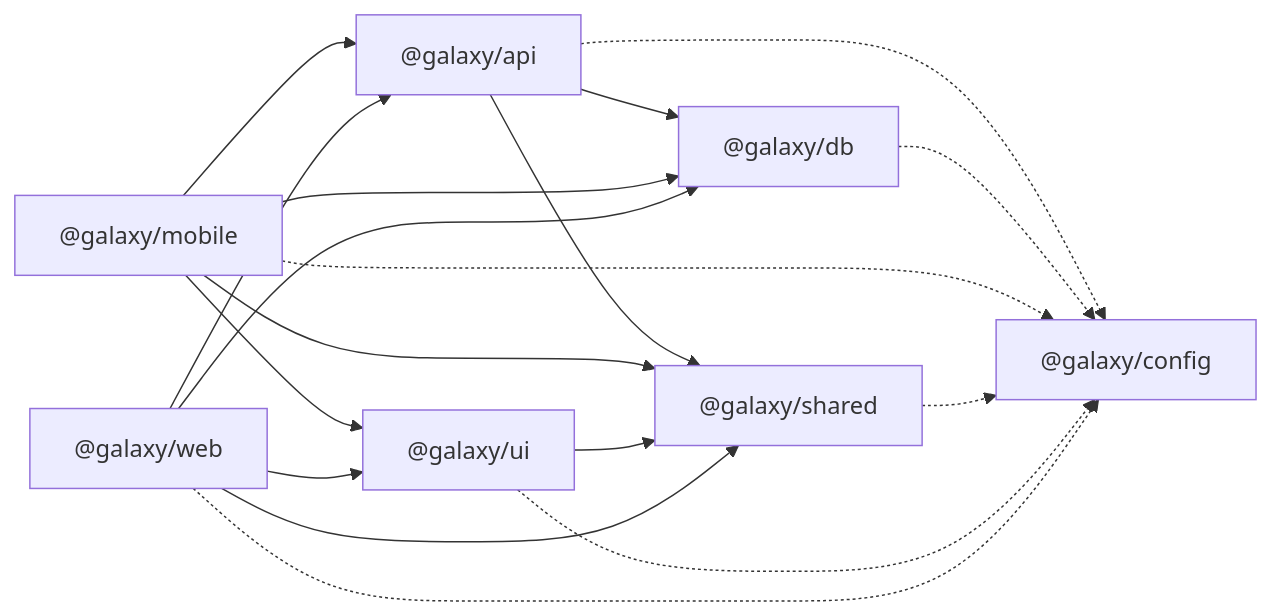
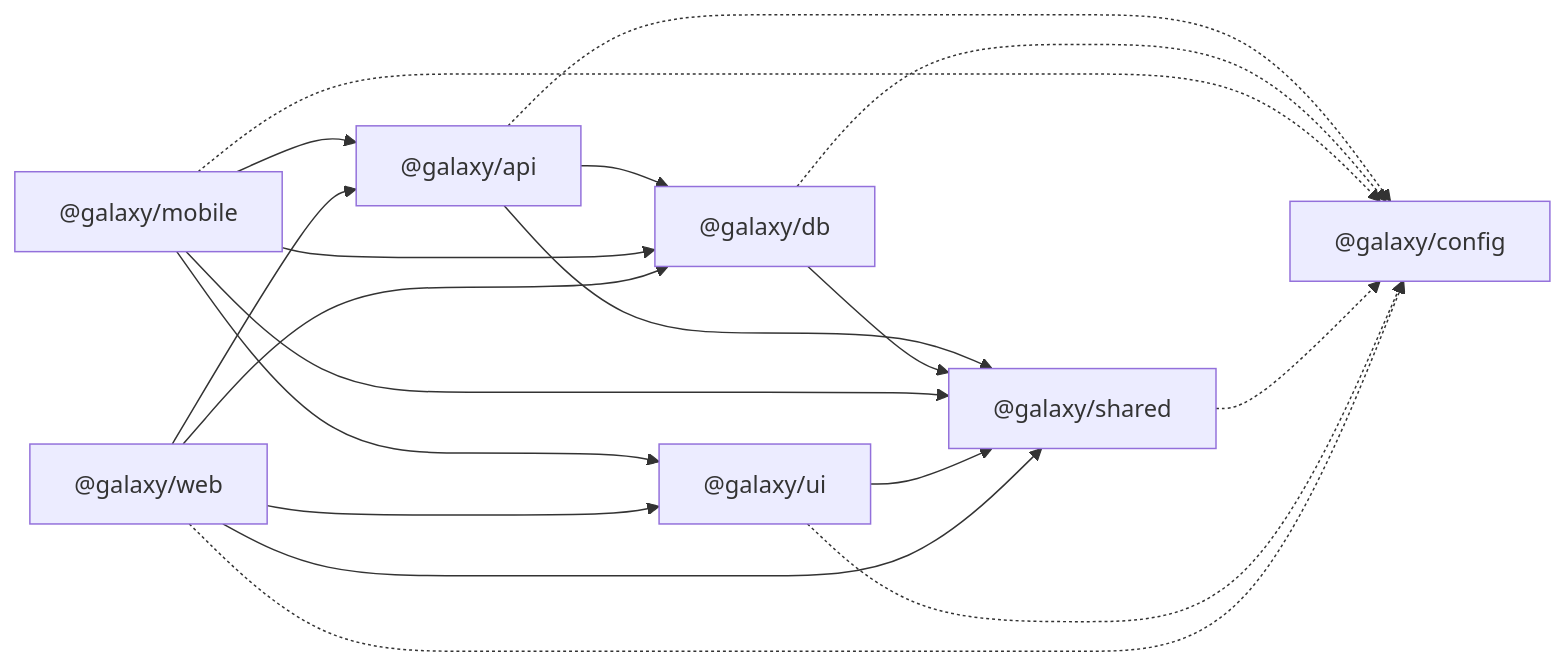
One commit to saeedmoh4444/galaxy-of-beauty changed the diagram in docs/architecture/dependency-graph.md. Above: the diagram before and after it, drawn with Mermaid.

Commit message:
chore(d2): regenerate the dependency graph (db→shared edge)

````diff
--- a/docs/architecture/dependency-graph.md
+++ b/docs/architecture/dependency-graph.md
@@ -7,21 +7,22 @@
 ```mermaid
 flowchart LR
   %% solid = runtime dependency, dashed = devDependency
   pkg__galaxy_api["@galaxy/api"] -.-> pkg__galaxy_config["@galaxy/config"]
   pkg__galaxy_api["@galaxy/api"] --> pkg__galaxy_db["@galaxy/db"]
   pkg__galaxy_api["@galaxy/api"] --> pkg__galaxy_shared["@galaxy/shared"]
   pkg__galaxy_db["@galaxy/db"] -.-> pkg__galaxy_config["@galaxy/config"]
+  pkg__galaxy_db["@galaxy/db"] --> pkg__galaxy_shared["@galaxy/shared"]
   pkg__galaxy_mobile["@galaxy/mobile"] --> pkg__galaxy_api["@galaxy/api"]
   pkg__galaxy_mobile["@galaxy/mobile"] -.-> pkg__galaxy_config["@galaxy/config"]
   pkg__galaxy_mobile["@galaxy/mobile"] --> pkg__galaxy_db["@galaxy/db"]
   pkg__galaxy_mobile["@galaxy/mobile"] --> pkg__galaxy_shared["@galaxy/shared"]
   pkg__galaxy_mobile["@galaxy/mobile"] --> pkg__galaxy_ui["@galaxy/ui"]
   pkg__galaxy_shared["@galaxy/shared"] -.-> pkg__galaxy_config["@galaxy/config"]
   pkg__galaxy_ui["@galaxy/ui"] -.-> pkg__galaxy_config["@galaxy/config"]
   pkg__galaxy_ui["@galaxy/ui"] --> pkg__galaxy_shared["@galaxy/shared"]
   pkg__galaxy_web["@galaxy/web"] --> pkg__galaxy_api["@galaxy/api"]
   pkg__galaxy_web["@galaxy/web"] -.-> pkg__galaxy_config["@galaxy/config"]
   pkg__galaxy_web["@galaxy/web"] --> pkg__galaxy_db["@galaxy/db"]
   pkg__galaxy_web["@galaxy/web"] --> pkg__galaxy_shared["@galaxy/shared"]
   pkg__galaxy_web["@galaxy/web"] --> pkg__galaxy_ui["@galaxy/ui"]
 ```
````
